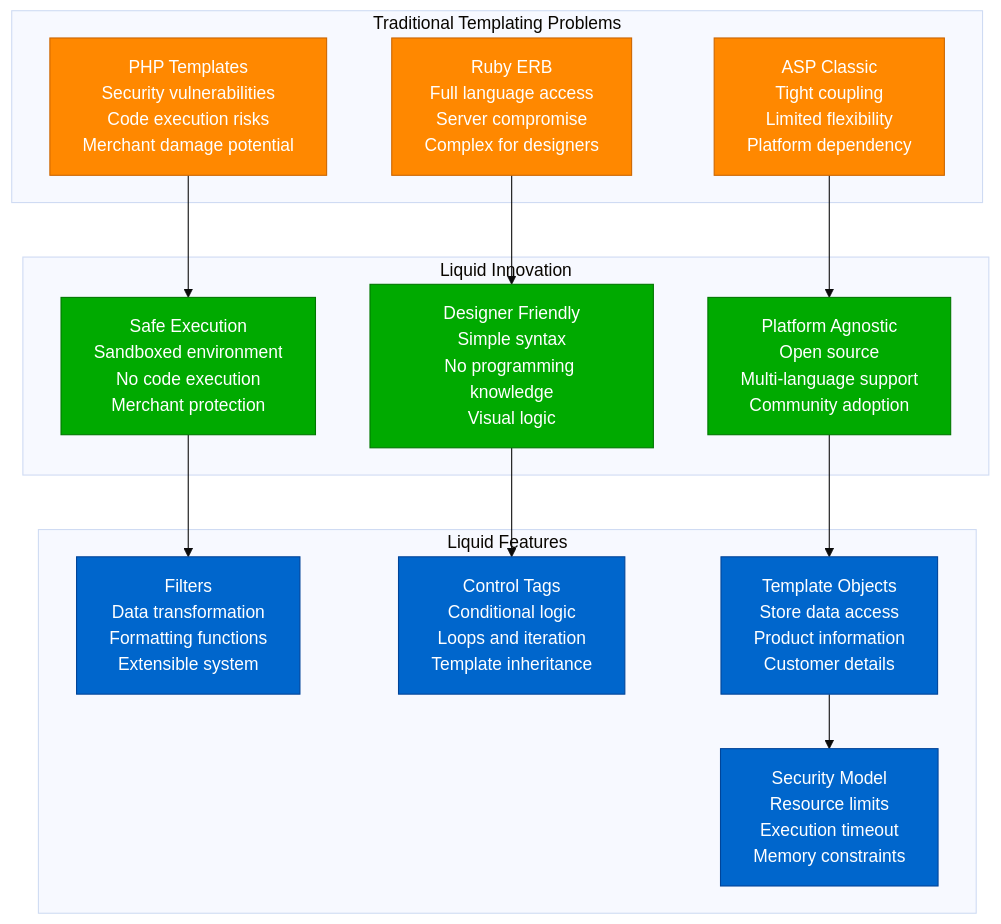
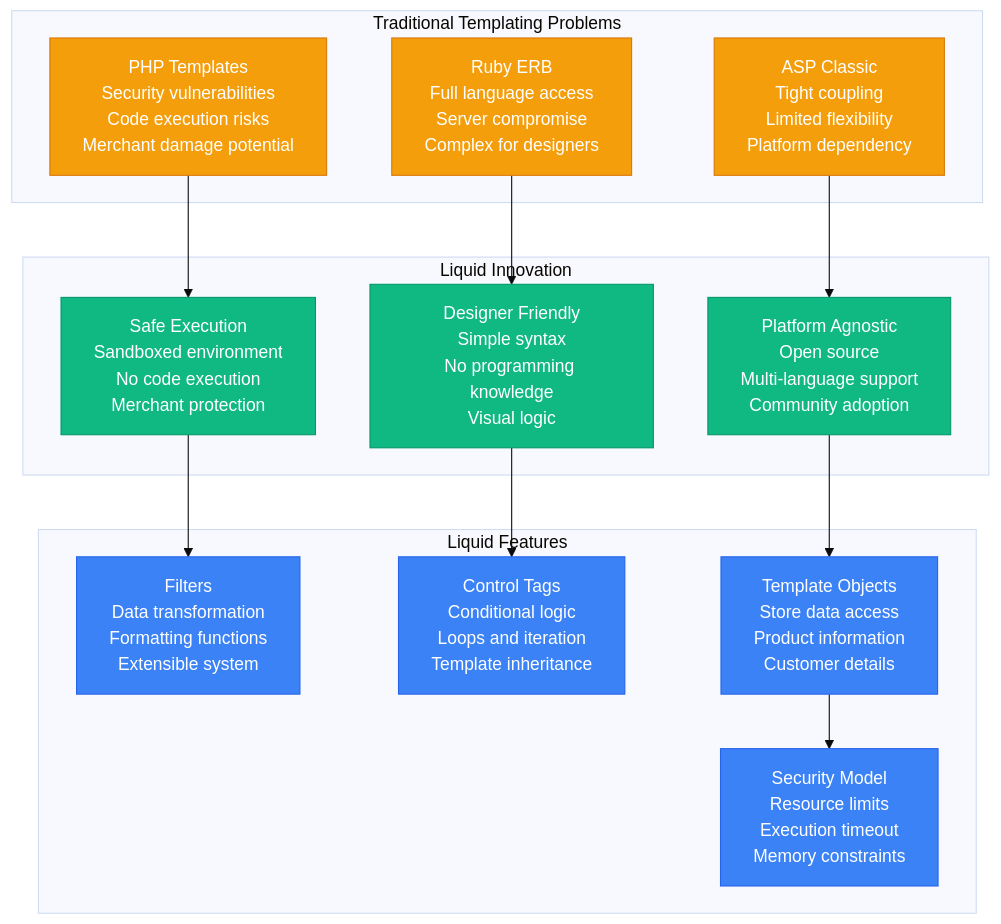
One commit to deepaucksharma/DS changed the second of 9 diagrams in site/docs/systems/shopify/novel-solutions.md. Above: the diagram before and after it, drawn with Mermaid (base theme). The commit also changed other lines of this file and 303 other files, not shown here.

````diff
--- a/site/docs/systems/shopify/novel-solutions.md
+++ b/site/docs/systems/shopify/novel-solutions.md
@@ -93,40 +93,40 @@
 ```mermaid
 graph TB
     subgraph "Traditional Templating Problems"
         PHP_TEMPLATES[PHP Templates<br/>Security vulnerabilities<br/>Code execution risks<br/>Merchant damage potential]
         RUBY_ERB[Ruby ERB<br/>Full language access<br/>Server compromise<br/>Complex for designers]
         ASP_CLASSIC[ASP Classic<br/>Tight coupling<br/>Limited flexibility<br/>Platform dependency]
     end
 
     subgraph "Liquid Innovation"
         SAFE_EXECUTION[Safe Execution<br/>Sandboxed environment<br/>No code execution<br/>Merchant protection]
         DESIGNER_FRIENDLY[Designer Friendly<br/>Simple syntax<br/>No programming knowledge<br/>Visual logic]
         PLATFORM_AGNOSTIC[Platform Agnostic<br/>Open source<br/>Multi-language support<br/>Community adoption]
     end
 
     %% Template evolution
     PHP_TEMPLATES --> SAFE_EXECUTION
     RUBY_ERB --> DESIGNER_FRIENDLY
     ASP_CLASSIC --> PLATFORM_AGNOSTIC
 
     subgraph "Liquid Features"
         FILTERS[Filters<br/>Data transformation<br/>Formatting functions<br/>Extensible system]
         TAGS[Control Tags<br/>Conditional logic<br/>Loops and iteration<br/>Template inheritance]
         OBJECTS[Template Objects<br/>Store data access<br/>Product information<br/>Customer details]
         SECURITY[Security Model<br/>Resource limits<br/>Execution timeout<br/>Memory constraints]
     end
 
     SAFE_EXECUTION --> FILTERS
     DESIGNER_FRIENDLY --> TAGS
     PLATFORM_AGNOSTIC --> OBJECTS
     OBJECTS --> SECURITY
 
     %% Apply template colors
-    classDef problemStyle fill:#FF8800,stroke:#CC6600,color:#fff
-    classDef solutionStyle fill:#00AA00,stroke:#007700,color:#fff
-    classDef featureStyle fill:#0066CC,stroke:#004499,color:#fff
+    classDef problemStyle fill:#F59E0B,stroke:#D97706,color:#fff
+    classDef solutionStyle fill:#10B981,stroke:#059669,color:#fff
+    classDef featureStyle fill:#3B82F6,stroke:#2563EB,color:#fff
 
     class PHP_TEMPLATES,RUBY_ERB,ASP_CLASSIC problemStyle
     class SAFE_EXECUTION,DESIGNER_FRIENDLY,PLATFORM_AGNOSTIC solutionStyle
     class FILTERS,TAGS,OBJECTS,SECURITY featureStyle
 ```
````
